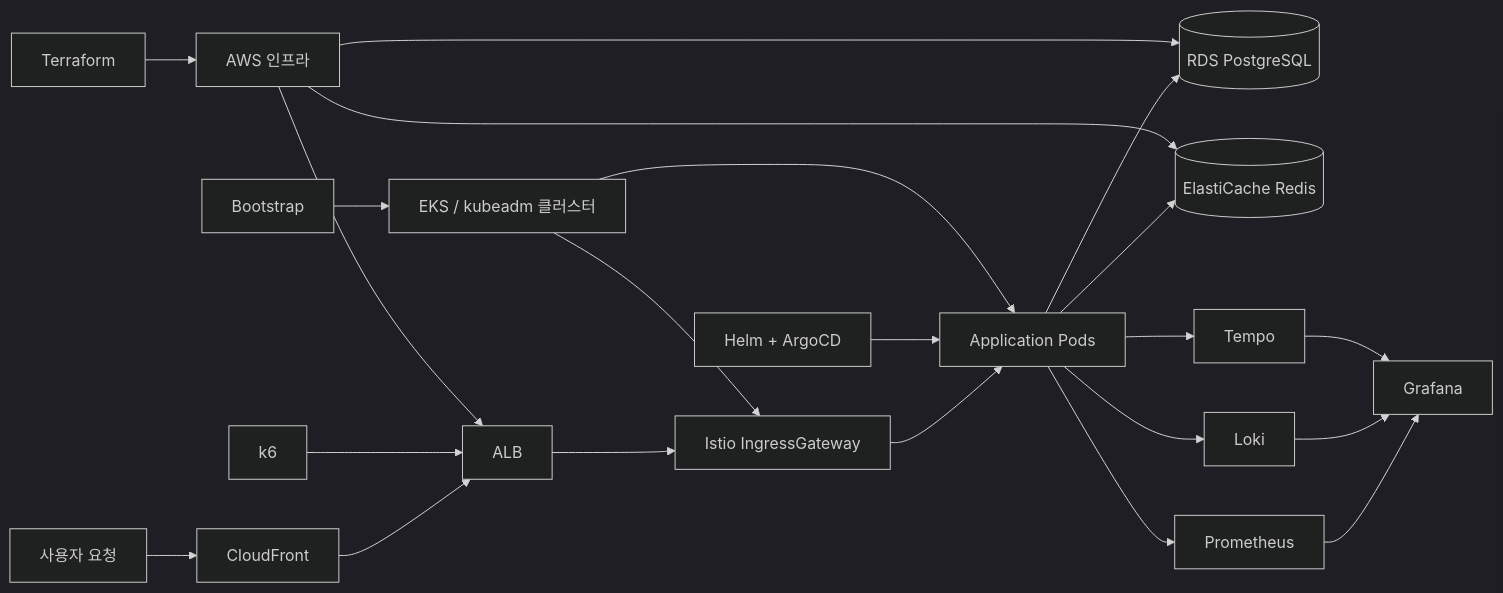
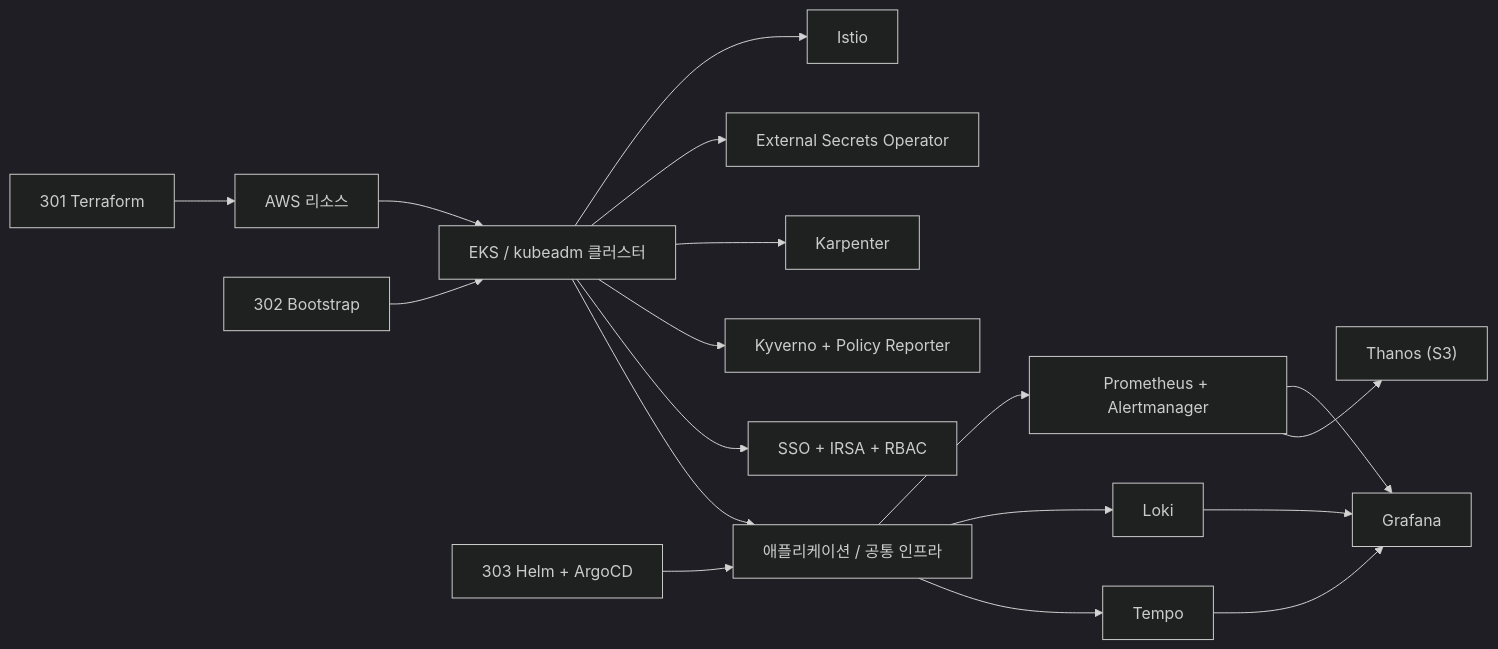
Before and after one commit to goorm-gongbang/001-finalPR: the second of 3 diagrams in docs/content/infrastructure/architecture.md, drawn with Mermaid (dark theme). The commit also changed other lines of this file and 2 other files, not shown here.

Commit message:
fix(인프라): 환경 구성과 아키텍처 설명 보완

````diff
--- a/docs/content/infrastructure/architecture.md
+++ b/docs/content/infrastructure/architecture.md
@@ -9,28 +25,22 @@
 ```mermaid
 flowchart LR
-    USER["사용자 요청"] --> CF["CloudFront"]
-    CF --> ALB["ALB"]
-    ALB --> ISTIO["Istio IngressGateway"]
-    ISTIO --> APP["Application Pods"]
+    TF["301 Terraform"] --> AWS["AWS 리소스"]
+    BOOT["302 Bootstrap"] --> CLUSTER["EKS / kubeadm 클러스터"]
+    GITOPS["303 Helm + ArgoCD"] --> APPS["애플리케이션 / 공통 인프라"]
 
-    APP --> RDS[("RDS PostgreSQL")]
-    APP --> REDIS[("ElastiCache Redis")]
+    AWS --> CLUSTER
+    CLUSTER --> ISTIO["Istio"]
+    CLUSTER --> ESO["External Secrets Operator"]
+    CLUSTER --> KARP["Karpenter"]
+    CLUSTER --> POLICY["Kyverno + Policy Reporter"]
+    CLUSTER --> ACCESS["SSO + IRSA + RBAC"]
+    CLUSTER --> APPS
 
-    APP --> PROM["Prometheus"]
-    APP --> LOKI["Loki"]
-    APP --> TEMPO["Tempo"]
+    APPS --> PROM["Prometheus + Alertmanager"]
+    APPS --> LOKI["Loki"]
+    APPS --> TEMPO["Tempo"]
     PROM --> GRAF["Grafana"]
     LOKI --> GRAF
     TEMPO --> GRAF
-
-    TERRAFORM["Terraform"] --> AWS["AWS 인프라"]
-    BOOTSTRAP["Bootstrap"] --> EKS["EKS / kubeadm 클러스터"]
-    GITOPS["Helm + ArgoCD"] --> APP
-    LOAD["k6"] --> ALB
-
-    AWS --> ALB
-    AWS --> RDS
-    AWS --> REDIS
-    EKS --> ISTIO
-    EKS --> APP
+    PROM --> THANOS["Thanos (S3)"]
 ```
````
